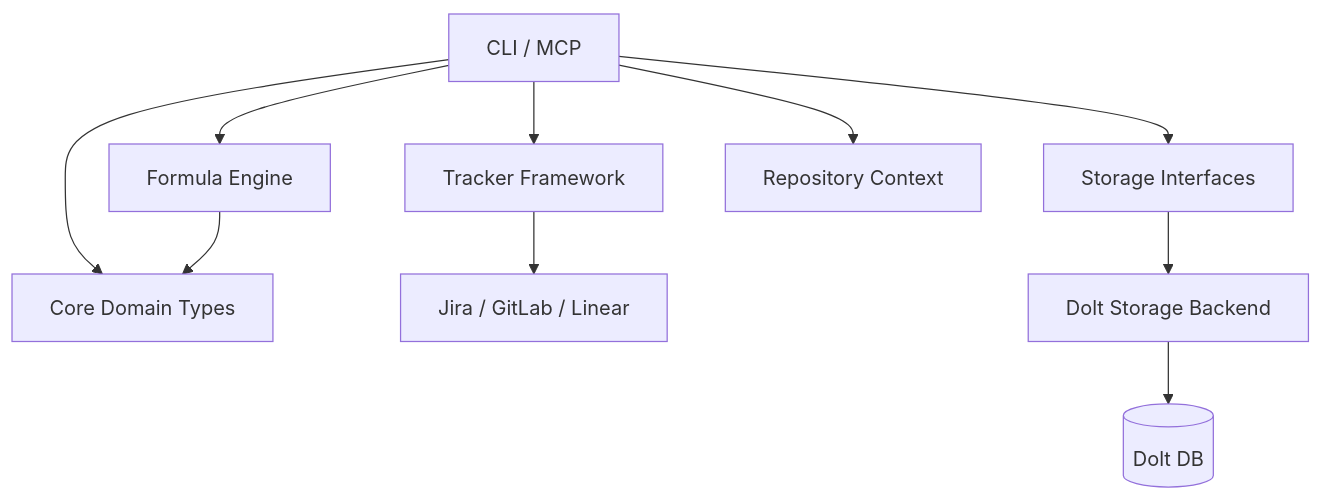
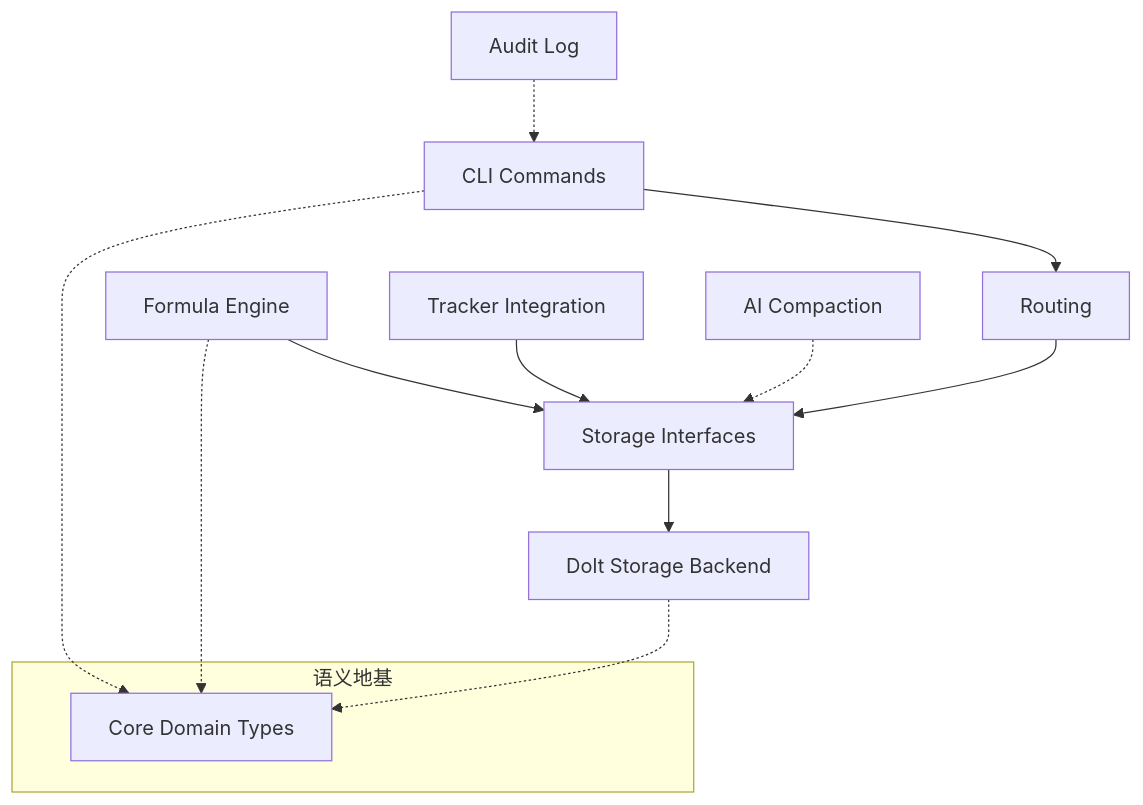
The diagram in public/beads-docs/overview.md (nerdneilsfield/code-wiki-pages), drawn with Mermaid before and after one commit. The commit also changed other lines of this file and 404 other files, not shown here.

````diff
--- a/public/beads-docs/overview.md
+++ b/public/beads-docs/overview.md
@@ -15,15 +13,20 @@
 ```mermaid
 graph TD
-    CLI[CLI / MCP] --> Formula[Formula Engine]
-    CLI --> Tracker[Tracker Framework]
-    CLI --> Core[Core Domain Types]
+    CLI[CLI Commands] --> Routing[Routing]
+    Routing --> StorageIF[Storage Interfaces]
+    StorageIF --> DoltBackend[Dolt Storage Backend]
     
-    Formula --> Core
-    Tracker --> Integrations[Jira / GitLab / Linear]
+    Formula[Formula Engine] --> StorageIF
+    Tracker[Tracker Integration] --> StorageIF
     
-    CLI --> StorageIF[Storage Interfaces]
-    StorageIF --> DoltBE[Dolt Storage Backend]
-    DoltBE --> DB[(Dolt DB)]
+    Compaction[AI Compaction] -.-> StorageIF
+    Audit[Audit Log] -.-> CLI
     
-    CLI --> Context[Repository Context]
+    subgraph Core[语义地基]
+        Types[Core Domain Types]
+    end
+    
+    DoltBackend -.-> Types
+    Formula -.-> Types
+    CLI -.-> Types
 ```
````
